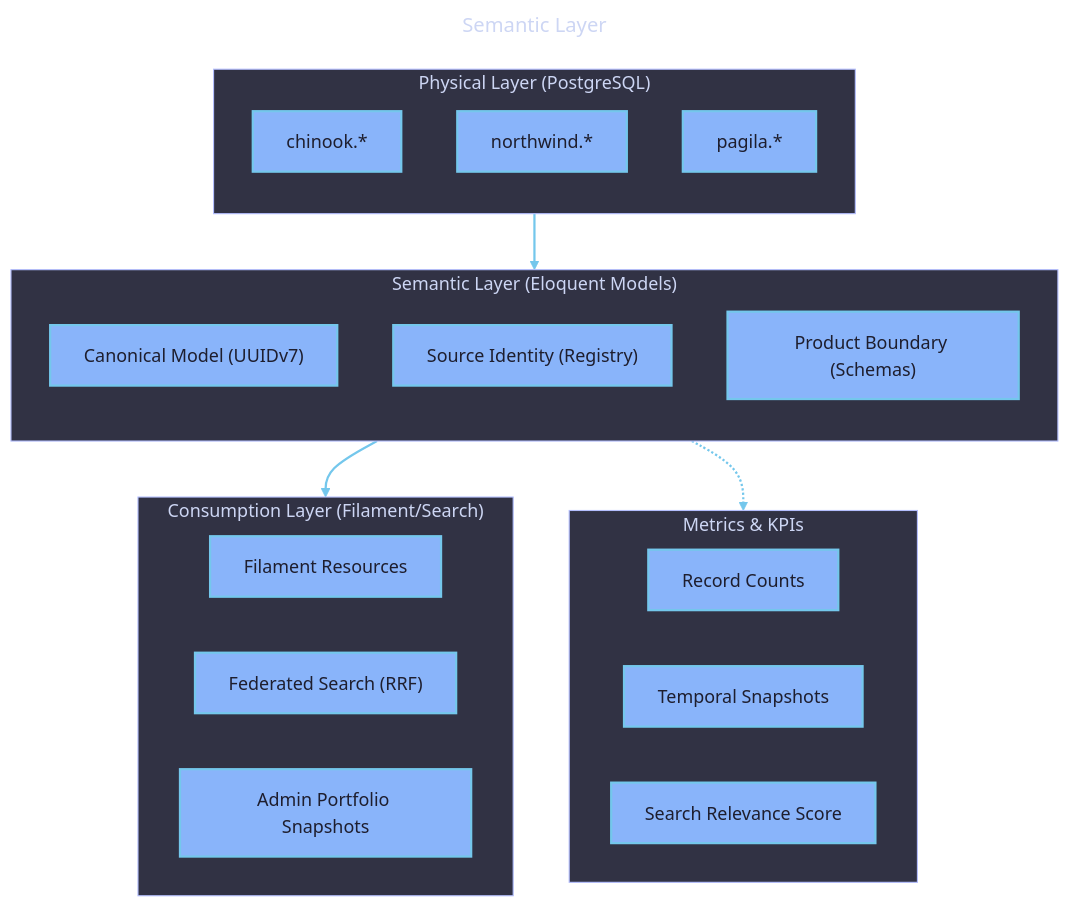
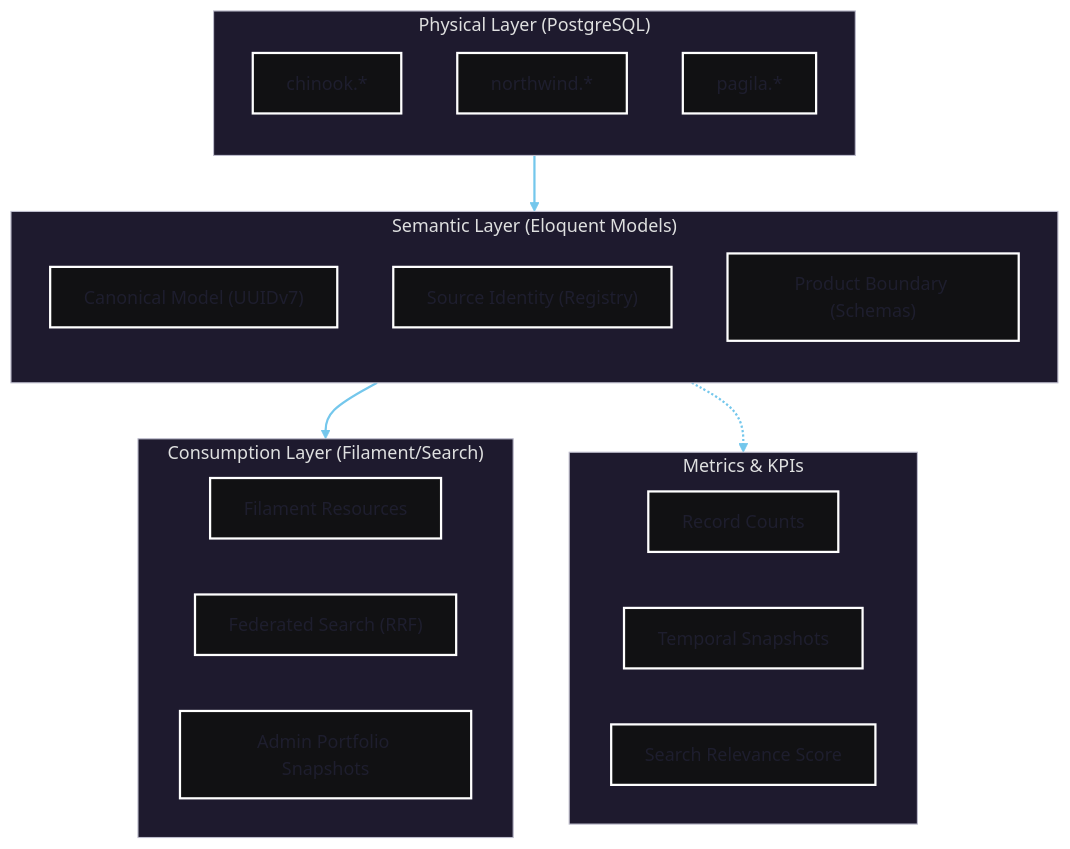
Before and after one commit to s-a-c/samples-20260717: the diagram in docs/10-architecture/1008-semantic-layer.md, drawn with Mermaid. The commit also changed other lines of this file and 2157 other files, not shown here.

````diff
--- a/docs/10-architecture/1008-semantic-layer.md
+++ b/docs/10-architecture/1008-semantic-layer.md
@@ -79,65 +78,45 @@
 ```mermaid
 ---
-title: Semantic Layer
 config:
   theme: redux-dark-color
   themeVariables:
     background: "#1e1e2e"
     primaryColor: "#89b4fa"
     primaryTextColor: "#1e1e2e"
     primaryBorderColor: "#74c7ec"
     lineColor: "#74c7ec"
-    secondaryColor: "#cba6f7"
-    secondaryTextColor: "#1e1e2e"
-    secondaryBorderColor: "#b4befe"
-    tertiaryColor: "#94e2d5"
-    tertiaryTextColor: "#1e1e2e"
-    tertiaryBorderColor: "#89dceb"
-    mainBkg: "#89b4fa"
-    secondBkg: "#cba6f7"
-    tertiaryBkg: "#94e2d5"
     textColor: "#cdd6f4"
-    nodeBorder: "#74c7ec"
-    clusterBkg: "#313244"
-    clusterBorder: "#b4befe"
-    edgeLabelBackground: "#1e1e2e"
-    titleColor: "#cdd6f4"
     fontSize: 16px
-  themeCSS: |
-    .node rect, .node circle, .node ellipse, .node polygon, .node path { stroke-width: 2px !important; }
-    .edgePath .path { stroke-width: 2px !important; }
-    .label { font-weight: bold !important; }
-    .edgeLabel { background-color: #1e1e2e !important; }
 ---
 flowchart TD
     subgraph Physical["Physical Layer (PostgreSQL)"]
         direction TB
         db_c["chinook.*"]
         db_n["northwind.*"]
         db_p["pagila.*"]
     end
 
     subgraph Semantic["Semantic Layer (Eloquent Models)"]
         direction TB
         M["Canonical Model (UUIDv7)"]
         S["Source Identity (Registry)"]
         P["Product Boundary (Schemas)"]
     end
 
     subgraph Consumption["Consumption Layer (Filament/Search)"]
         F["Filament Resources"]
         V["Federated Search (RRF)"]
         A["Admin Portfolio Snapshots"]
     end
 
     Physical --> Semantic
     Semantic --> Consumption
 
     subgraph Metrics["Metrics & KPIs"]
         Count["Record Counts"]
         Snap["Temporal Snapshots"]
         RRF["Search Relevance Score"]
     end
 
     Semantic -.-> Metrics
 ```
````
